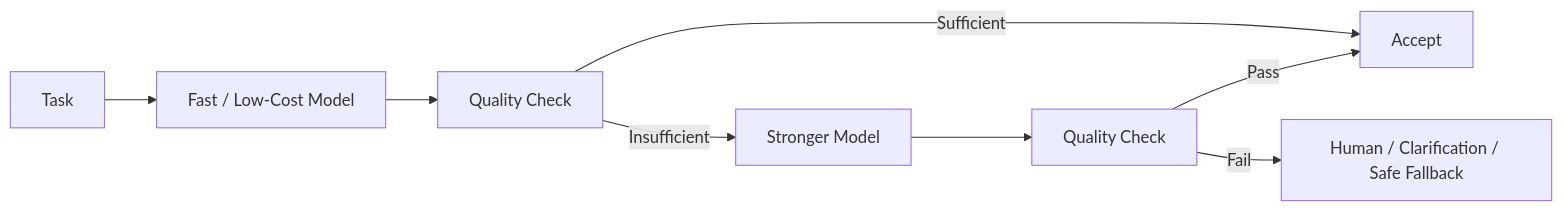
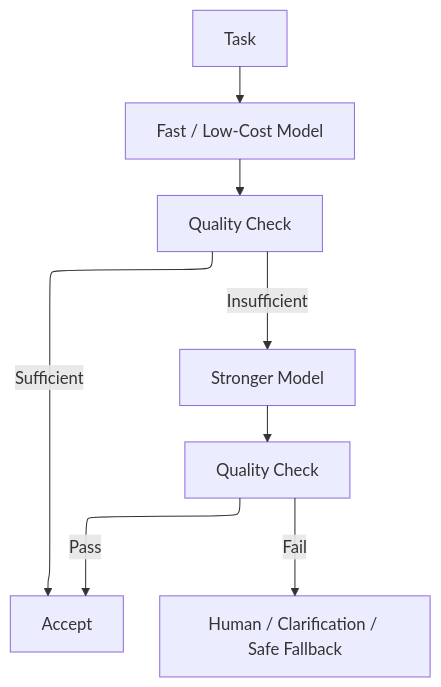
Before and after one commit to ojhaprathmesh/YogaSutra_Repo: diagram 23 of 31 in PLAN.md, drawn with Mermaid. The commit also changed other lines of this file, not shown here.

Commit message:
docs: unify master architecture in Section 6, add subsystem integration matrix in Section 35, and fix diagram formatting

````diff
--- a/PLAN.md
+++ b/PLAN.md
@@ -1725,12 +1807,16 @@
 ``` mermaid
-flowchart LR
+---
+config:
+  layout: elk
+---
+flowchart TB
     A["Task"] --> F["Fast / Low-Cost Model"]
     F --> V["Quality Check"]
 
     V -->|Sufficient| O["Accept"]
     V -->|Insufficient| S["Stronger Model"]
 
     S --> V2["Quality Check"]
     V2 -->|Pass| O
     V2 -->|Fail| H["Human / Clarification / Safe Fallback"]
 ```
````
